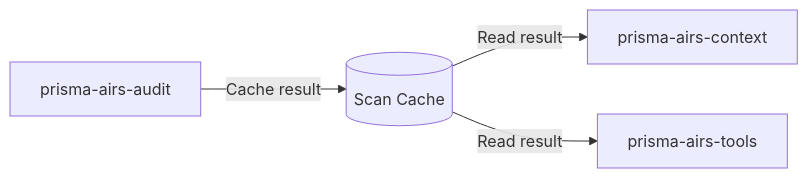
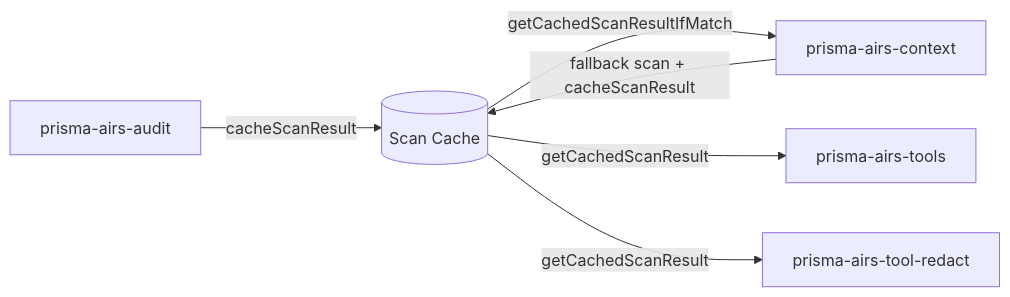
Before and after one commit to cdot65/prisma-airs-plugin-openclaw: the second of 2 diagrams in docs/hooks/index.md, drawn with Mermaid. The commit also changed other lines of this file and 39 other files, not shown here.

````diff
--- a/docs/hooks/index.md
+++ b/docs/hooks/index.md
@@ -123,6 +82,8 @@
 ```mermaid
-flowchart LR
-    A[prisma-airs-audit] -->|Cache result| B[(Scan Cache)]
-    B -->|Read result| C[prisma-airs-context]
-    B -->|Read result| D[prisma-airs-tools]
+graph LR
+    A[prisma-airs-audit] -->|cacheScanResult| C[(Scan Cache)]
+    C -->|getCachedScanResultIfMatch| B[prisma-airs-context]
+    C -->|getCachedScanResult| D[prisma-airs-tools]
+    C -->|getCachedScanResult| E[prisma-airs-tool-redact]
+    B -->|fallback scan + cacheScanResult| C
 ```
````
